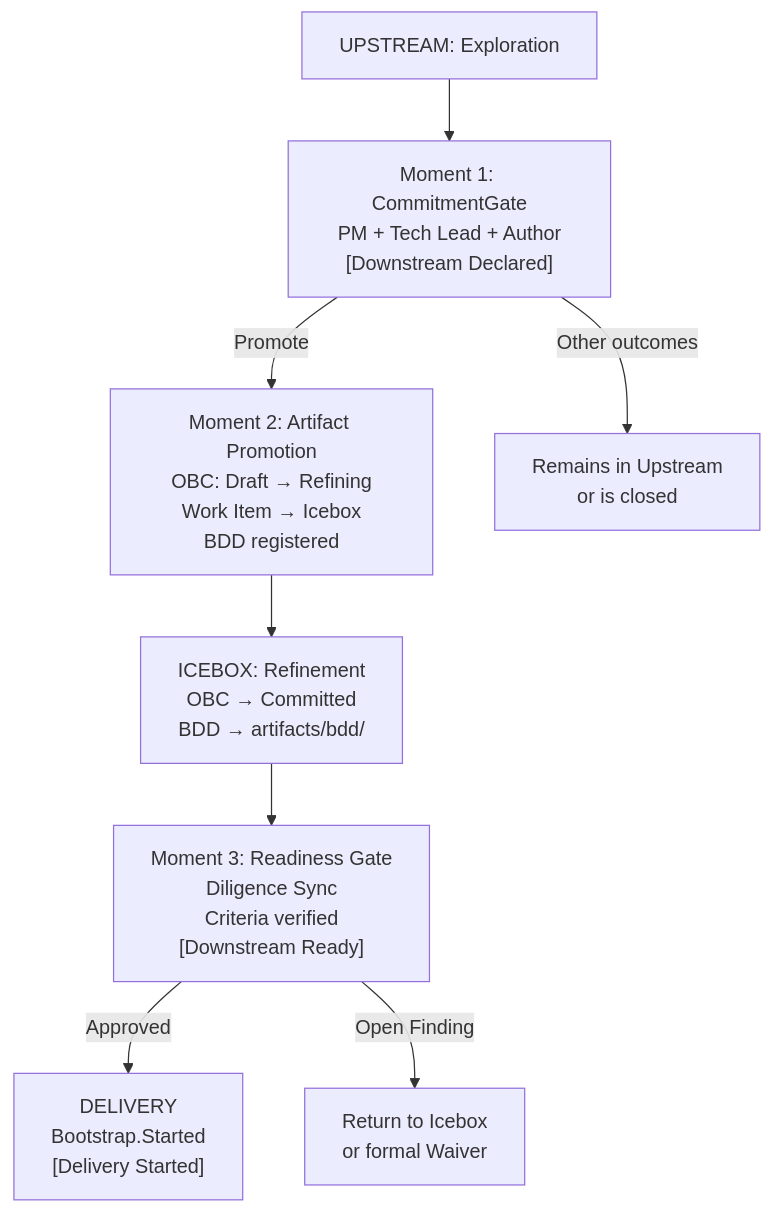
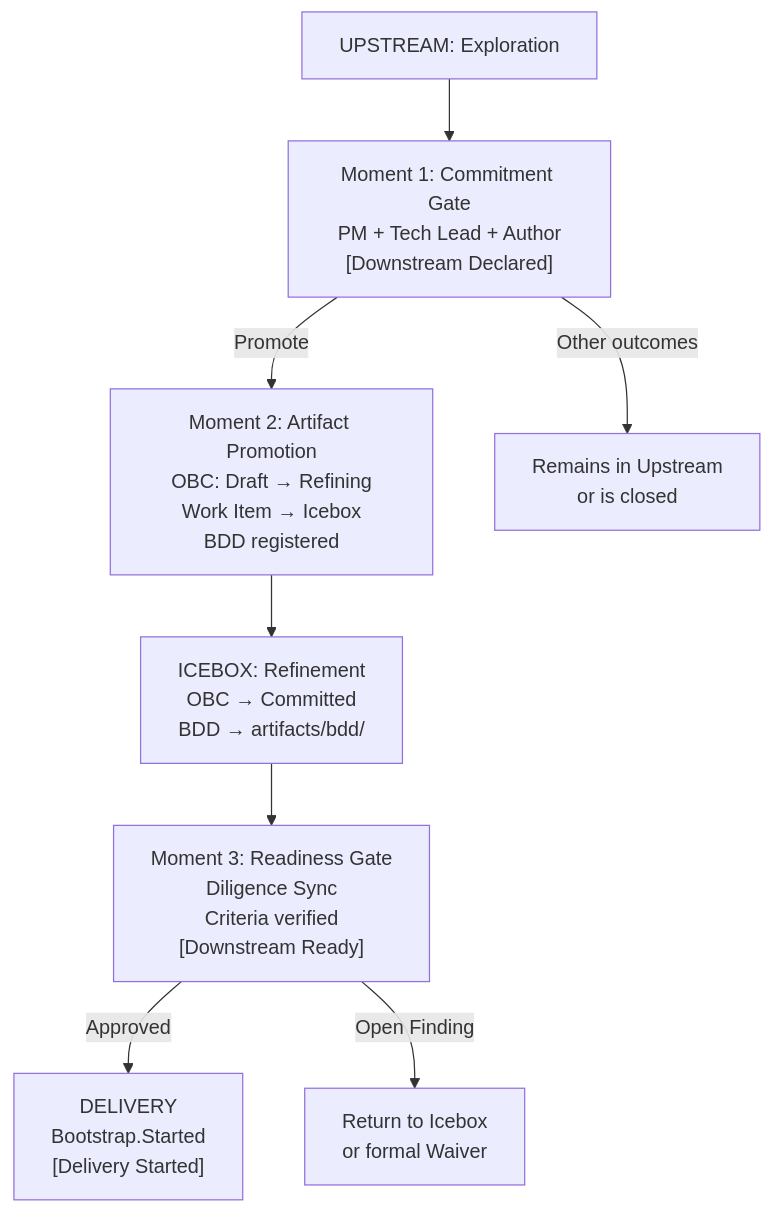
The first of 2 diagrams in en/chapter-06.md (produtoreativo/from-intent-to-outcome), drawn with Mermaid before and after one commit. The commit also changed other lines of this file and 26 other files, not shown here.

````diff
--- a/en/chapter-06.md
+++ b/en/chapter-06.md
@@ -21,15 +21,15 @@
 ```mermaid
 graph TD
     UP["UPSTREAM: Exploration"] --> M1
 
-    M1["Moment 1: CommitmentGate\nPM + Tech Lead + Author\n[Downstream Declared]"]
+    M1["Moment 1: Commitment Gate\nPM + Tech Lead + Author\n[Downstream Declared]"]
     M1 -->|"Promote"| M2
     M1 -->|"Other outcomes"| UP2["Remains in Upstream\nor is closed"]
 
     M2["Moment 2: Artifact Promotion\nOBC: Draft → Refining\nWork Item → Icebox\nBDD registered"]
     M2 --> ICE["ICEBOX: Refinement\nOBC → Committed\nBDD → artifacts/bdd/"]
 
     ICE --> M3["Moment 3: Readiness Gate\nDiligence Sync\nCriteria verified\n[Downstream Ready]"]
     M3 -->|"Approved"| DEL["DELIVERY\nBootstrap.Started\n[Delivery Started]"]
     M3 -->|"Open Finding"| BLOCK["Return to Icebox\nor formal Waiver"]
 ```
````
